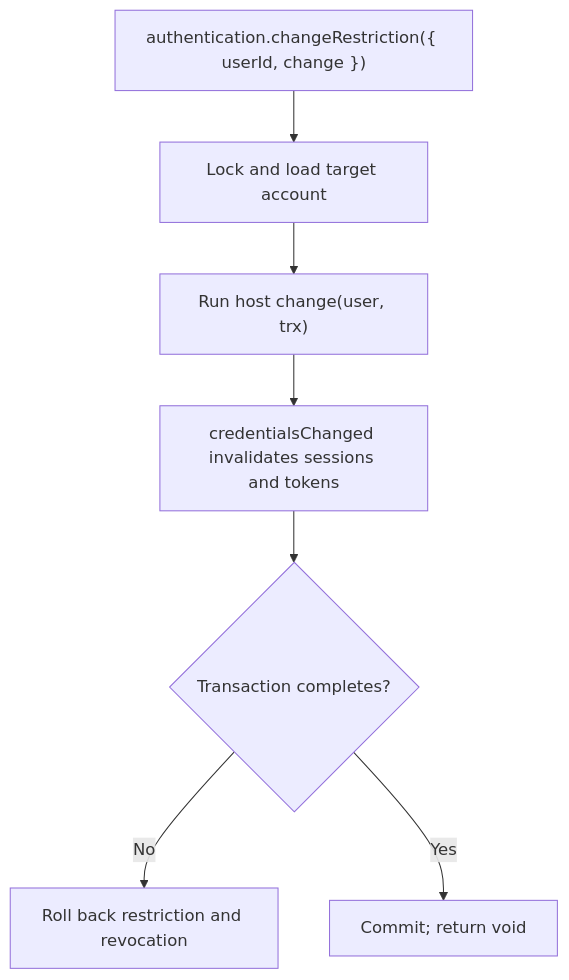
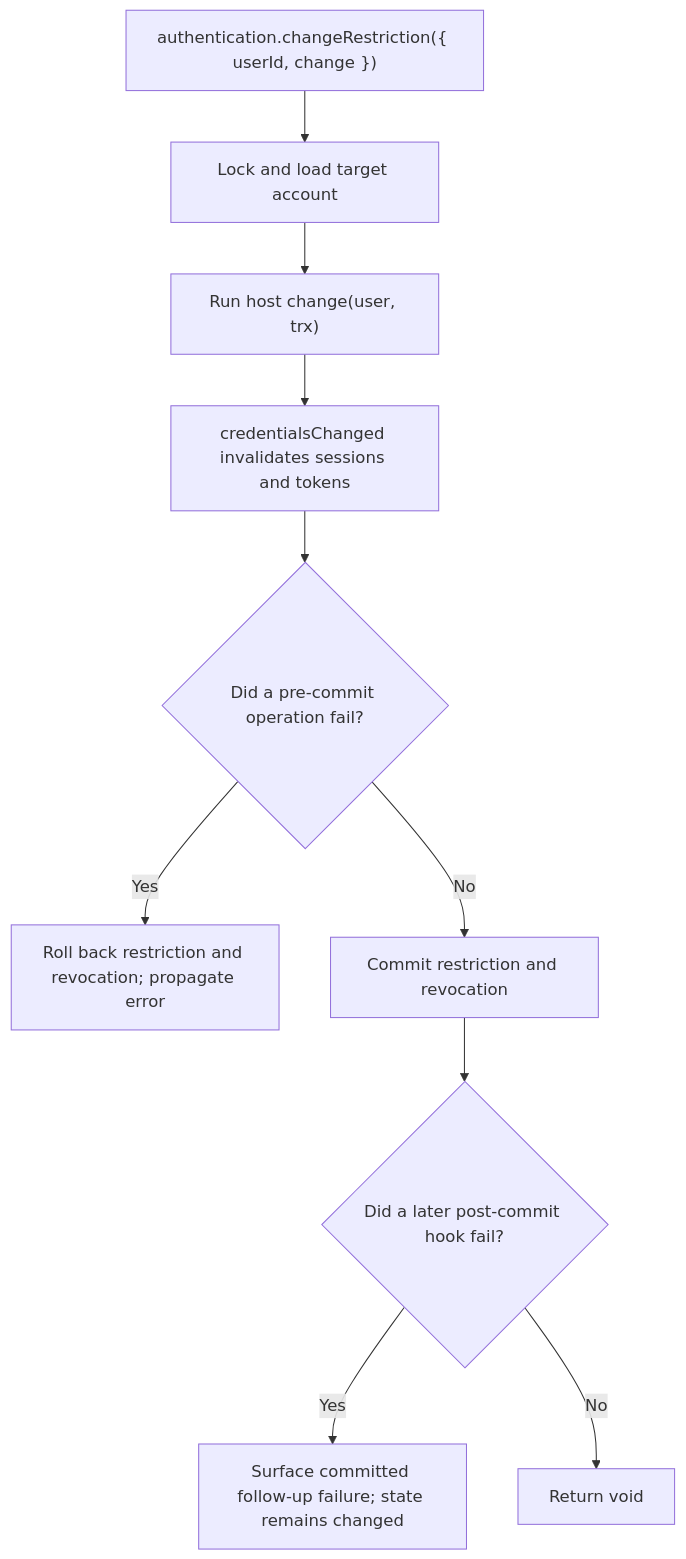
The second of 2 diagrams in user-stories/US-ACCOUNT-43-change-account-restriction.md (Kevinjohn/oss-adonisjs-account-kit), drawn with Mermaid before and after one commit. The commit also changed other lines of this file and 7 other files, not shown here.

````diff
--- a/user-stories/US-ACCOUNT-43-change-account-restriction.md
+++ b/user-stories/US-ACCOUNT-43-change-account-restriction.md
@@ -33,9 +33,12 @@
 ```mermaid
 flowchart TD
  A["authentication.changeRestriction({ userId, change })"] --> B["Lock and load target account"]
  B --> C["Run host change(user, trx)"]
  C --> D["credentialsChanged invalidates sessions and tokens"]
- D --> E{"Transaction completes?"}
- E -->|No| F["Roll back restriction and revocation"]
- E -->|Yes| G["Commit; return void"]
+ D --> E{"Did a pre-commit operation fail?"}
+ E -->|Yes| F["Roll back restriction and revocation; propagate error"]
+ E -->|No| G["Commit restriction and revocation"]
+ G --> H{"Did a later post-commit hook fail?"}
+ H -->|Yes| I["Surface committed follow-up failure; state remains changed"]
+ H -->|No| J["Return void"]
 ```
````
